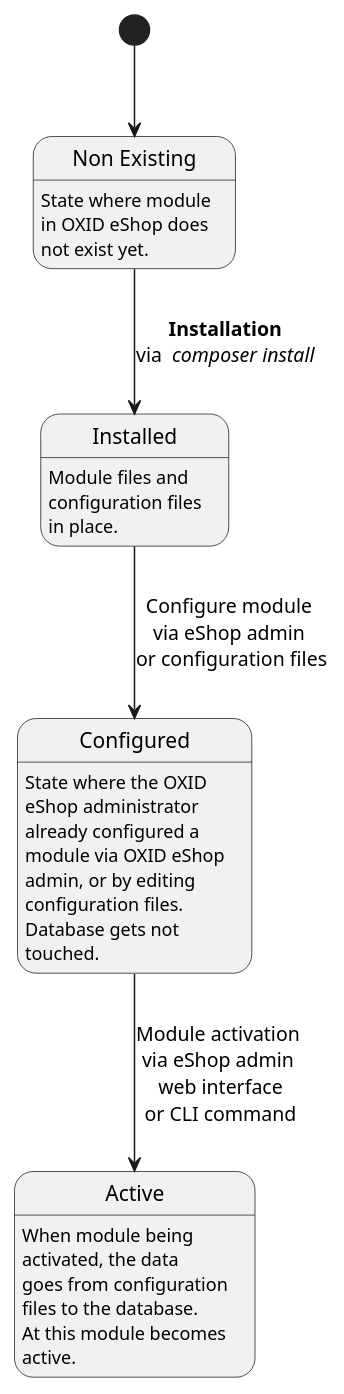
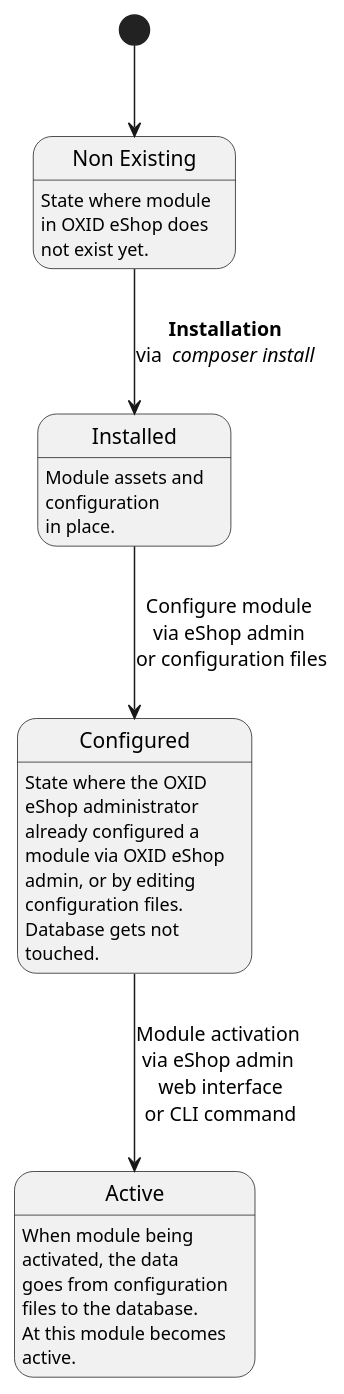
One commit to OXID-eSales/developer_documentation changed the diagram in system_architecture/resources/module_states.puml. Above: the diagram before and after it, drawn with PlantUML. The commit also changed 14 other files, not shown here.

```diff
--- a/system_architecture/resources/module_states.puml
+++ b/system_architecture/resources/module_states.puml
@@ -3,17 +3,17 @@
    @startuml
     top to bottom direction
 
     state "Non Existing" as NonExisting : State where module\nin OXID eShop does \nnot exist yet.
 
-    state Installed: Module files and \nconfiguration files \nin place.
+    state Installed: Module assets and \nconfiguration \nin place.
 
     state Configured: State where the OXID \neShop administrator \nalready configured a \nmodule via OXID eShop \nadmin, or by editing \nconfiguration files. \nDatabase gets not \ntouched.
 
     state Active : When module being \nactivated, the data \ngoes from configuration \nfiles to the database. \nAt this module becomes \nactive.
 
     
     [*] --> NonExisting
     NonExisting --> Installed: **Installation**\nvia <i> composer install</i>
     Installed --> Configured: Configure module \nvia eShop admin \nor configuration files
     Configured --> Active : Module activation \nvia eShop admin \nweb interface\nor CLI command
    @enduml
```
